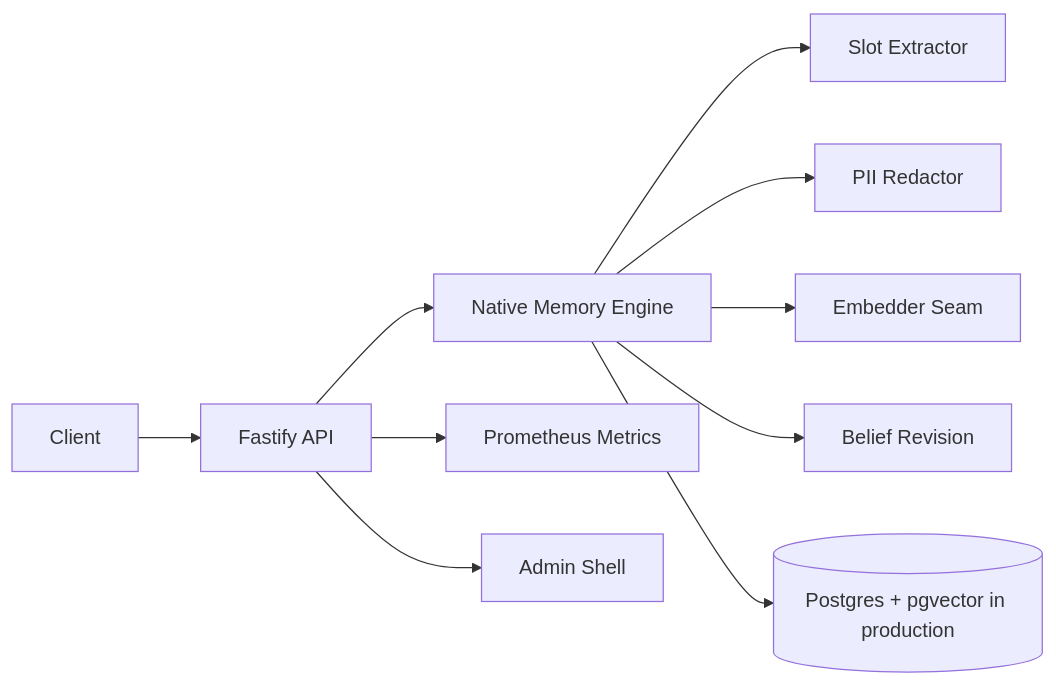
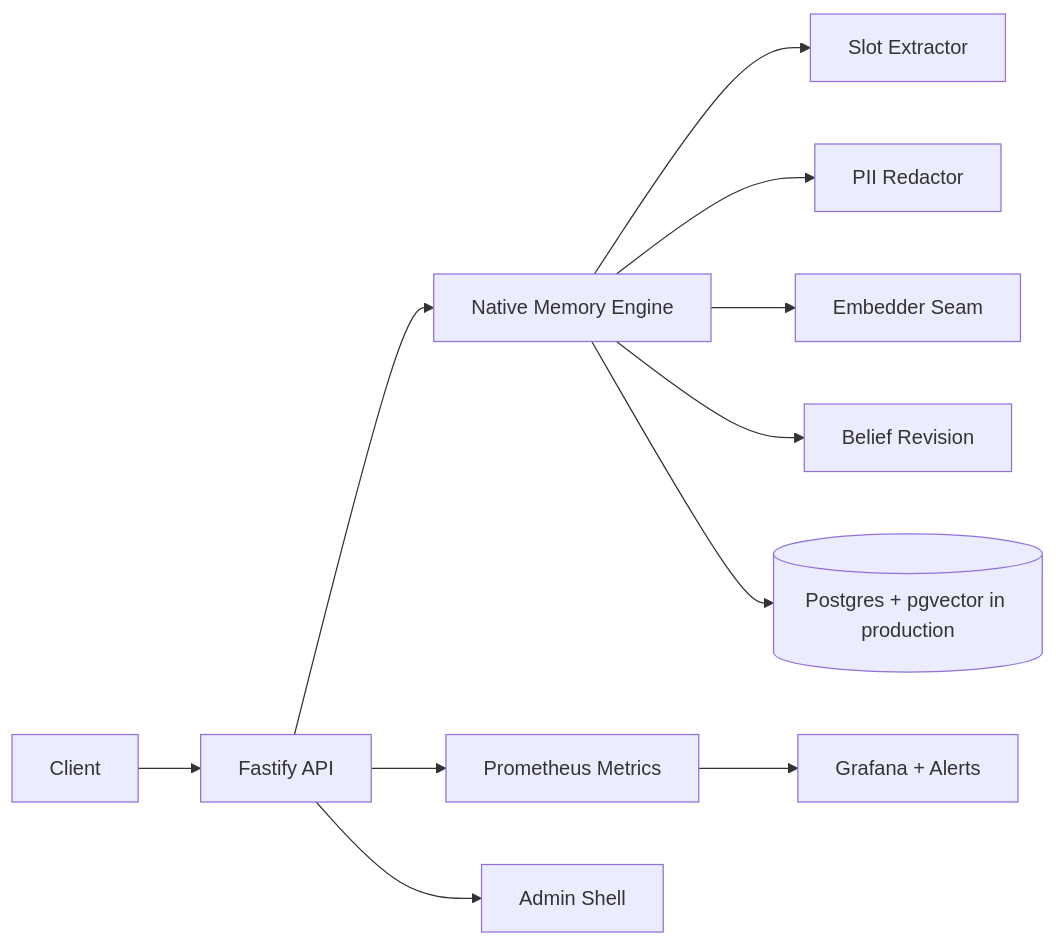
One commit to MutugiD/atlas-ap-erp changed the diagram in docs/support-agent-v2-session.md. Above: the diagram before and after it, drawn with Mermaid. The commit also changed other lines of this file and 18 other files, not shown here.

````diff
--- a/docs/support-agent-v2-session.md
+++ b/docs/support-agent-v2-session.md
@@ -20,12 +22,13 @@
 ```mermaid
 flowchart LR
   Client --> API[Fastify API]
   API --> Engine[Native Memory Engine]
   Engine --> Extract[Slot Extractor]
   Engine --> Redact[PII Redactor]
   Engine --> Embed[Embedder Seam]
   Engine --> Revise[Belief Revision]
   Engine --> Store[(Postgres + pgvector in production)]
   API --> Metrics[Prometheus Metrics]
   API --> Admin[Admin Shell]
+  Metrics --> Ops[Grafana + Alerts]
 ```
````
